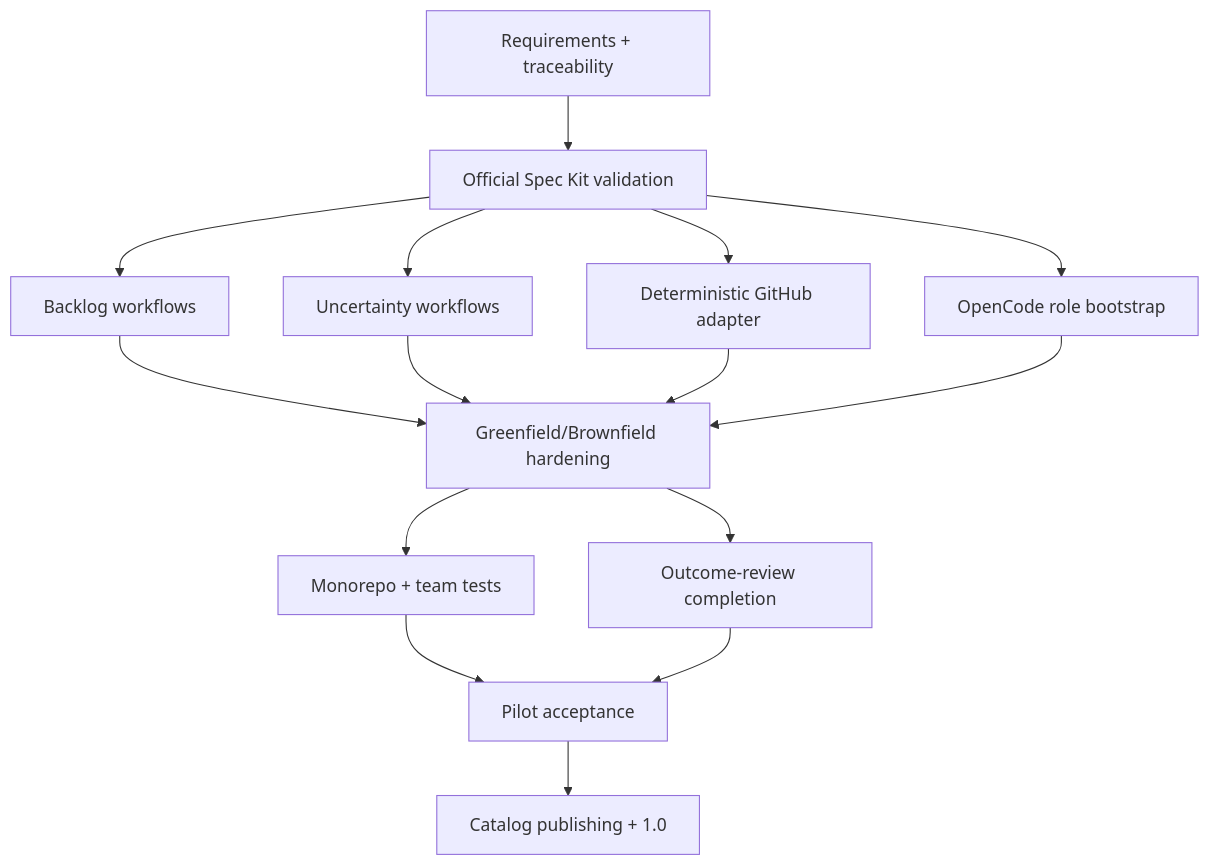
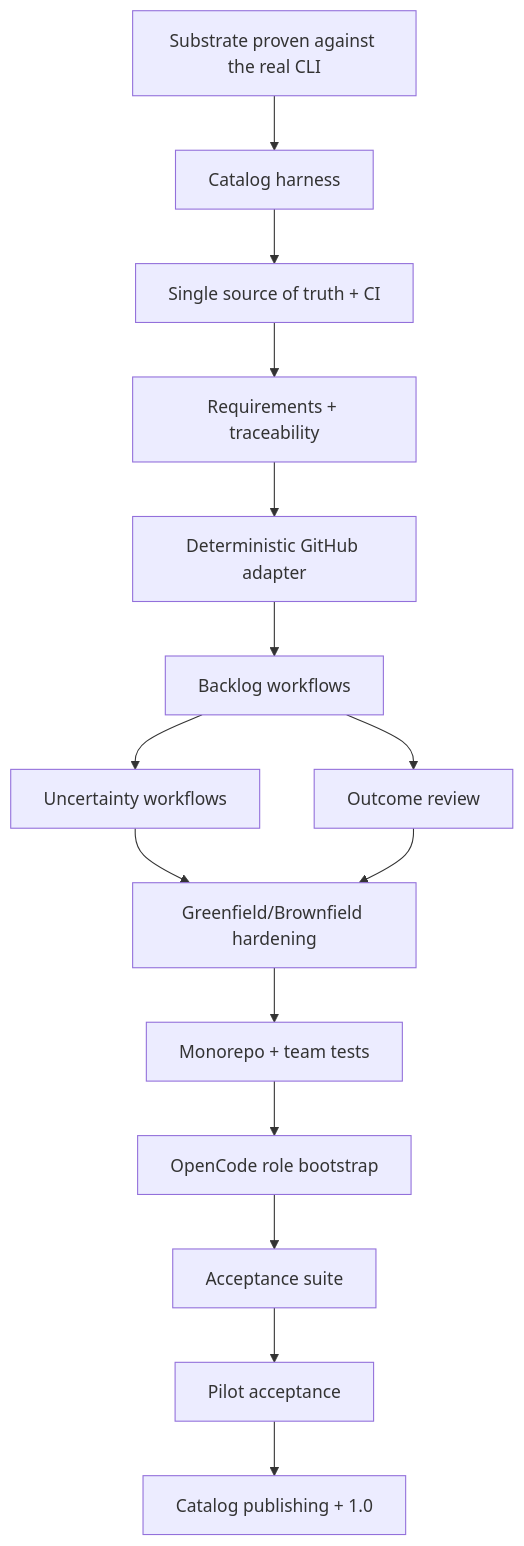
The fourth of 5 diagrams in docs/implementation-roadmap.md (emdfonseca/lean-full-lifecycle-speckit), drawn with Mermaid before and after one commit. The commit also changed other lines of this file, not shown here.

First line of the commit message:
docs: apply the structural roadmap amendments

````diff
--- a/docs/implementation-roadmap.md
+++ b/docs/implementation-roadmap.md
@@ -1081,20 +1145,20 @@
 ```mermaid
 flowchart TD
-    R["Requirements + traceability"] --> S["Official Spec Kit validation"]
-    S --> B["Backlog workflows"]
-    S --> U["Uncertainty workflows"]
-    S --> G["Deterministic GitHub adapter"]
-    S --> A["OpenCode role bootstrap"]
+    SUB["Substrate proven against the real CLI"] --> CAT["Catalog harness"]
+    CAT --> TOOL["Single source of truth + CI"]
+    TOOL --> R["Requirements + traceability"]
 
-    B --> H["Greenfield/Brownfield hardening"]
-    U --> H
-    G --> H
-    A --> H
+    R --> G["Deterministic GitHub adapter"]
+    G --> B["Backlog workflows"]
+    B --> U["Uncertainty workflows"]
+    B --> O["Outcome review"]
 
+    U --> H["Greenfield/Brownfield hardening"]
+    O --> H
     H --> M["Monorepo + team tests"]
-    H --> O["Outcome-review completion"]
+    M --> A["OpenCode role bootstrap"]
 
-    M --> P["Pilot acceptance"]
-    O --> P
-    P --> PUB["Catalog publishing + 1.0"]
+    A --> ACC["Acceptance suite"]
+    ACC --> PIL["Pilot acceptance"]
+    PIL --> PUB["Catalog publishing + 1.0"]
 ```
````
